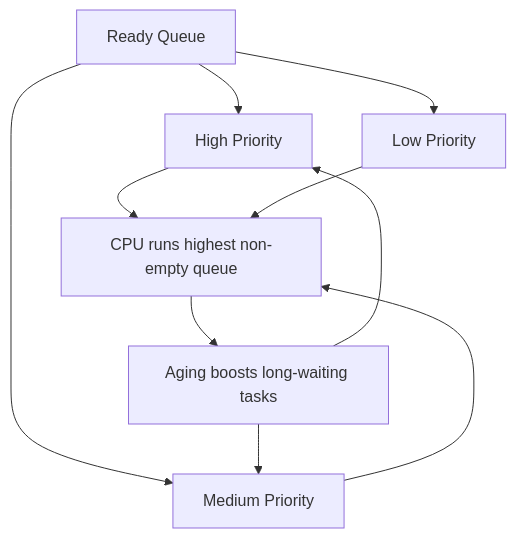
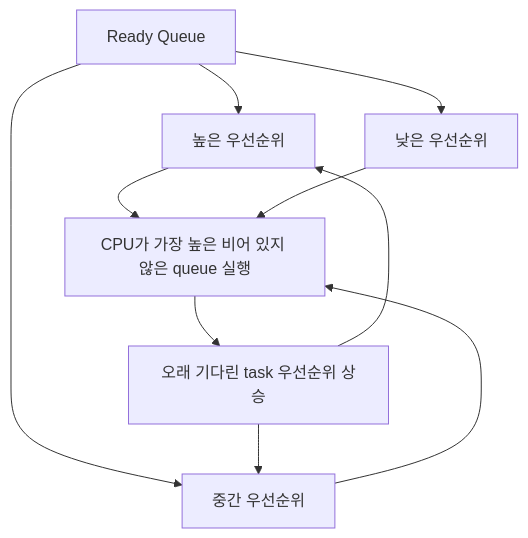
Diagram 11 of 37 in _posts/cs-note/2026-02-27-os.md (mandoobox/mandoobox.github.io), drawn with Mermaid before and after one commit. The commit also changed other lines of this file and 18 other files, not shown here.

````diff
--- a/_posts/cs-note/2026-02-27-os.md
+++ b/_posts/cs-note/2026-02-27-os.md
@@ -328,12 +334,12 @@
 ```mermaid
 flowchart TD
-  RQ[Ready Queue] --> H[High Priority]
-  RQ --> M[Medium Priority]
-  RQ --> L[Low Priority]
-  H --> CPU["CPU runs highest non-empty queue"]
+  RQ[Ready Queue] --> H[높은 우선순위]
+  RQ --> M[중간 우선순위]
+  RQ --> L[낮은 우선순위]
+  H --> CPU["CPU가 가장 높은 비어 있지 않은 queue 실행"]
   M --> CPU
   L --> CPU
-  CPU --> AGE["Aging boosts long-waiting tasks"]
+  CPU --> AGE["오래 기다린 task 우선순위 상승"]
   AGE --> M
   AGE --> H
 ```
````
